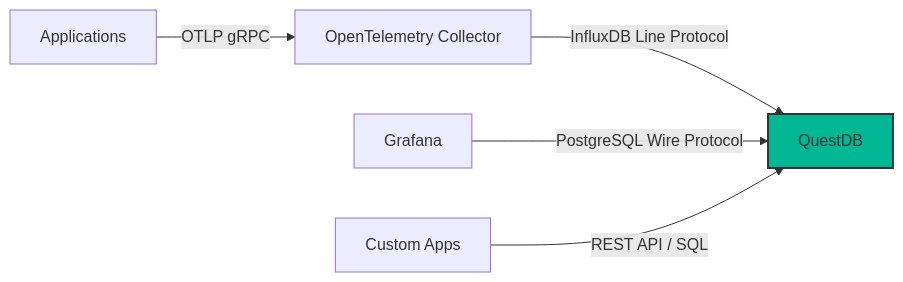
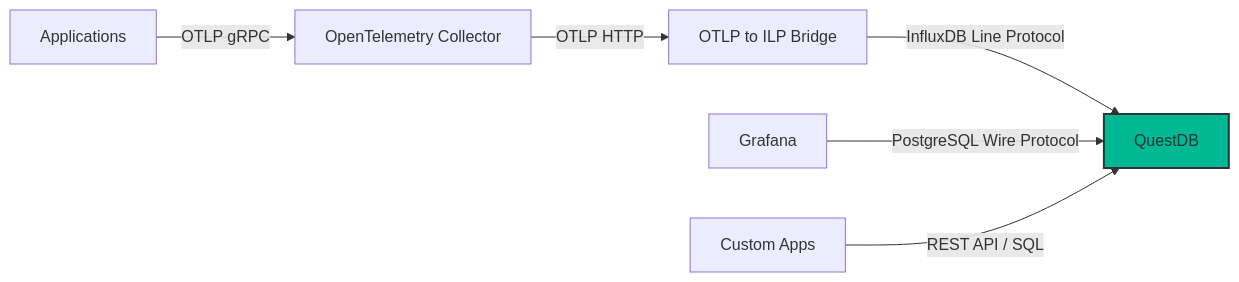
The diagram in posts/2026-02-06-questdb-opentelemetry-time-series-metrics/README.md (OneUptime/blog), drawn with Mermaid before and after one commit. The commit also changed other lines of this file and 2 other files, not shown here.

````diff
--- a/posts/2026-02-06-questdb-opentelemetry-time-series-metrics/README.md
+++ b/posts/2026-02-06-questdb-opentelemetry-time-series-metrics/README.md
@@ -25,8 +25,9 @@
 ```mermaid
 graph LR
     A[Applications] -->|OTLP gRPC| B[OpenTelemetry Collector]
-    B -->|InfluxDB Line Protocol| C[QuestDB]
+    B -->|OTLP HTTP| F[OTLP to ILP Bridge]
+    F -->|InfluxDB Line Protocol| C[QuestDB]
     D[Grafana] -->|PostgreSQL Wire Protocol| C
     E[Custom Apps] -->|REST API / SQL| C
     style C fill:#00b894,stroke:#333,stroke-width:2px
 ```
````
